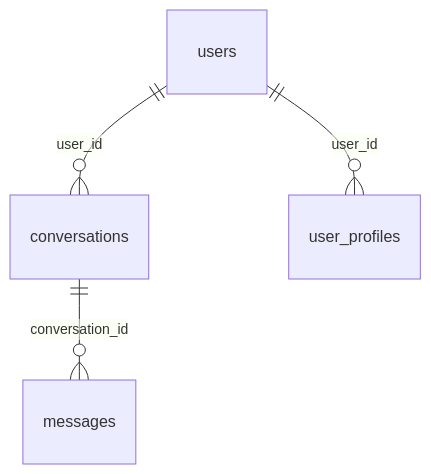
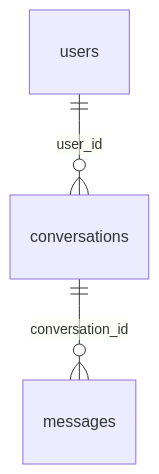
One commit to PrachiKarade/contentalchemy changed the diagram in docs/deployment-guide.md. Above: the diagram before and after it, drawn with Mermaid.

Commit message:
Remove user_profiles relationship from ER diagram
Removed the relationship between users and user_profiles in the ER diagram.

````diff
--- a/docs/deployment-guide.md
+++ b/docs/deployment-guide.md
@@ -19,7 +19,6 @@
 ```mermaid
 erDiagram
     users ||--o{ conversations : "user_id"
-    users ||--o{ user_profiles : "user_id"
     conversations ||--o{ messages : "conversation_id"
    
 ```
````
